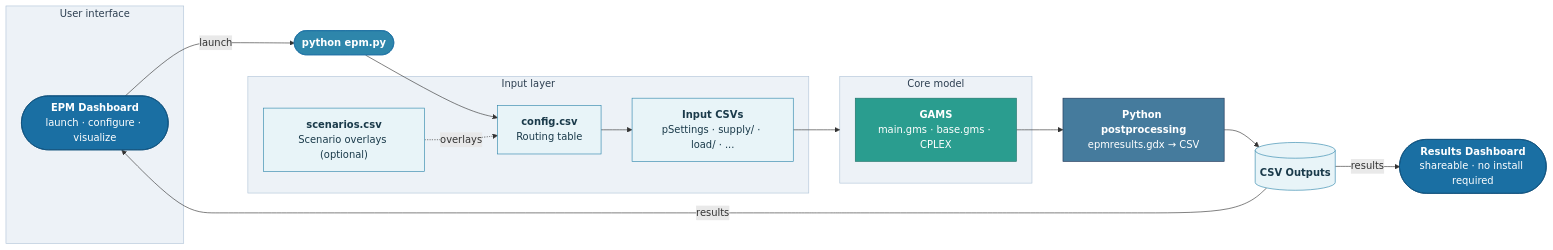
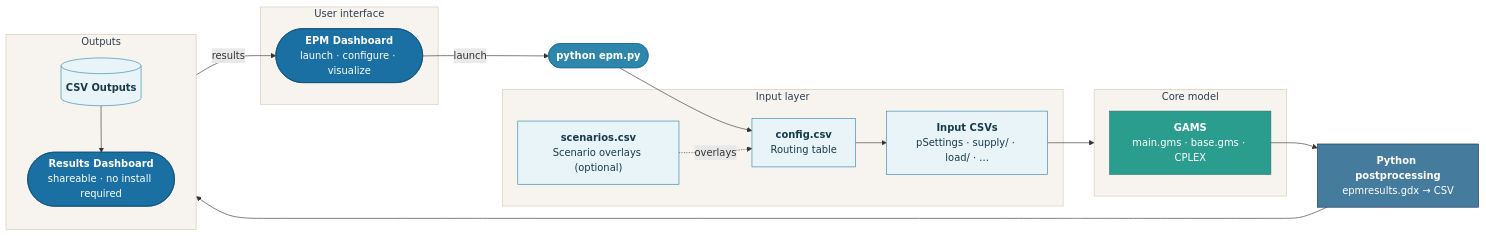
Before and after one commit to ESMAP-World-Bank-Group/EPM: the diagram in docs/introduction/tempo.md, drawn with Mermaid.

````diff
--- a/docs/introduction/tempo.md
+++ b/docs/introduction/tempo.md
@@ -3,50 +3,55 @@
 ```mermaid
 flowchart LR
     subgraph ui ["User interface"]
         DASH(["<b>EPM Dashboard</b>\nlaunch · configure · visualize"])
     end
 
     CLI(["<b>python epm.py</b>"])
 
     subgraph inputs ["Input layer"]
         CONFIG["<b>config.csv</b>\nRouting table"]
         SCEN["<b>scenarios.csv</b>\nScenario overlays (optional)"]
         CSV["<b>Input CSVs</b>\npSettings · supply/ · load/ · ..."]
     end
 
     subgraph core ["Core model"]
         GAMS["<b>GAMS</b>\nmain.gms · base.gms · CPLEX"]
     end
 
     POST["<b>Python postprocessing</b>\nepmresults.gdx → CSV"]
-    OUT[("<b>CSV Outputs</b>")]
-    RDASH(["<b>Results Dashboard</b>\nshareable · no install required"])
+
+    subgraph outputs ["Outputs"]
+        direction TB
+        OUT[("<b>CSV Outputs</b>")]
+        RDASH(["<b>Results Dashboard</b>\nshareable · no install required"])
+    end
 
     DASH -->|launch| CLI
     CLI --> CONFIG
     SCEN -.->|overlays| CONFIG
     CONFIG --> CSV
     CSV --> core
     GAMS --> POST
     POST --> OUT
     OUT -->|results| DASH
-    OUT -->|results| RDASH
+    OUT --> RDASH
 
     classDef dashboard fill:#1a6fa3,stroke:#0d4f7a,color:#fff
     classDef cli fill:#2e86ab,stroke:#1a6fa3,color:#fff
     classDef inputNode fill:#e8f4f8,stroke:#2e86ab,color:#1a3a4a
     classDef coreNode fill:#2a9d8f,stroke:#1f7268,color:#fff
     classDef postNode fill:#457b9d,stroke:#1d3557,color:#fff
     classDef outNode fill:#1d3557,stroke:#0d2035,color:#fff
 
     class DASH,RDASH dashboard
     class CLI cli
     class CONFIG,SCEN,CSV inputNode
     class GAMS coreNode
     class POST postNode
     class OUT inputNode
 
-    style ui fill:#edf2f7,stroke:#b0c4d8,color:#2c3e50
-    style inputs fill:#edf2f7,stroke:#b0c4d8,color:#2c3e50
-    style core fill:#edf2f7,stroke:#b0c4d8,color:#2c3e50
+    style ui fill:#f7f4ef,stroke:#d4c9b8,color:#2c3e50
+    style inputs fill:#f7f4ef,stroke:#d4c9b8,color:#2c3e50
+    style core fill:#f7f4ef,stroke:#d4c9b8,color:#2c3e50
+    style outputs fill:#f7f4ef,stroke:#d4c9b8,color:#2c3e50
 ```
````
